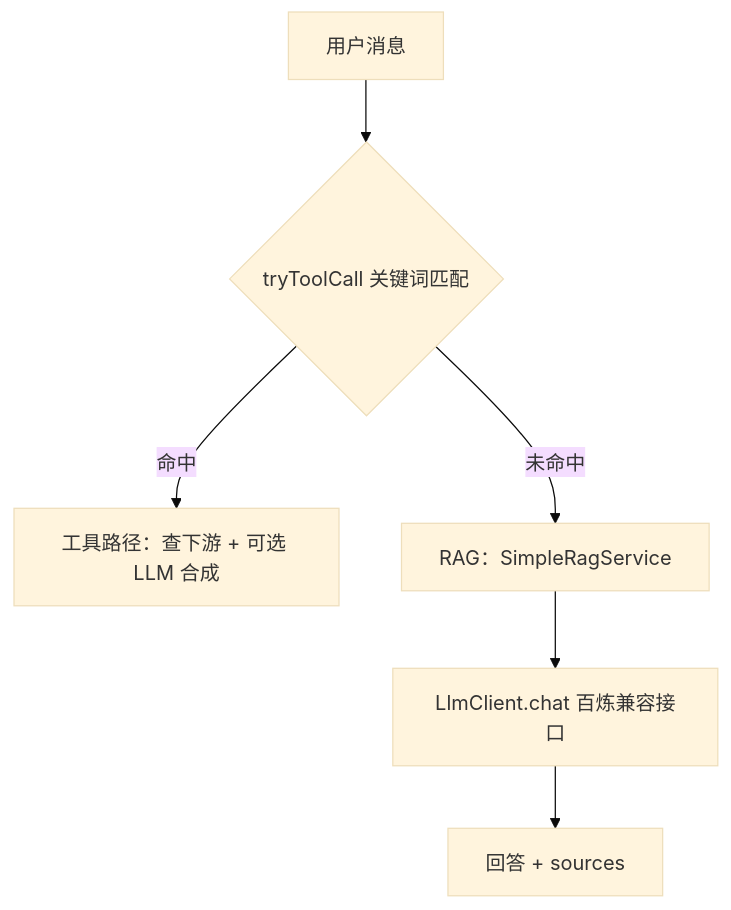
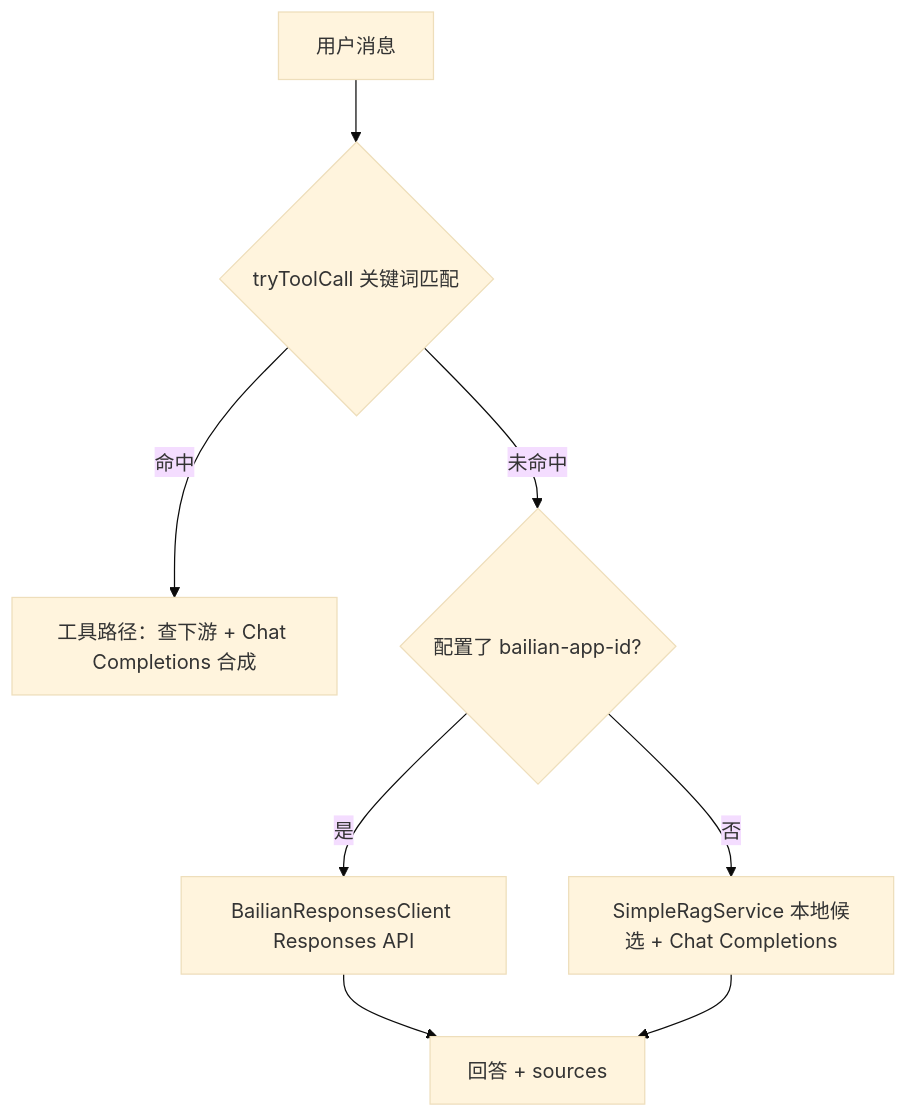
One commit to wwccccww/hmall changed the diagram in ai-assistant-service/AI_ASSISTANT_LOGIC.md. Above: the diagram before and after it, drawn with Mermaid (base theme). The commit also changed other lines of this file and 15 other files, not shown here.

````diff
--- a/ai-assistant-service/AI_ASSISTANT_LOGIC.md
+++ b/ai-assistant-service/AI_ASSISTANT_LOGIC.md
@@ -7,8 +7,10 @@
 ```mermaid
 flowchart TD
   UserMsg[用户消息] --> ToolMatch{tryToolCall 关键词匹配}
-  ToolMatch -->|命中| ToolPath[工具路径：查下游 + 可选 LLM 合成]
-  ToolMatch -->|未命中| RAGPath[RAG：SimpleRagService]
-  RAGPath --> LLM[LlmClient.chat 百炼兼容接口]
-  LLM --> Answer[回答 + sources]
+  ToolMatch -->|命中| ToolPath[工具路径：查下游 + Chat Completions 合成]
+  ToolMatch -->|未命中| Branch{配置了 bailian-app-id?}
+  Branch -->|是| Bailian[BailianResponsesClient Responses API]
+  Branch -->|否| RAGPath[SimpleRagService 本地候选 + Chat Completions]
+  Bailian --> Answer[回答 + sources]
+  RAGPath --> Answer
 ```
````
